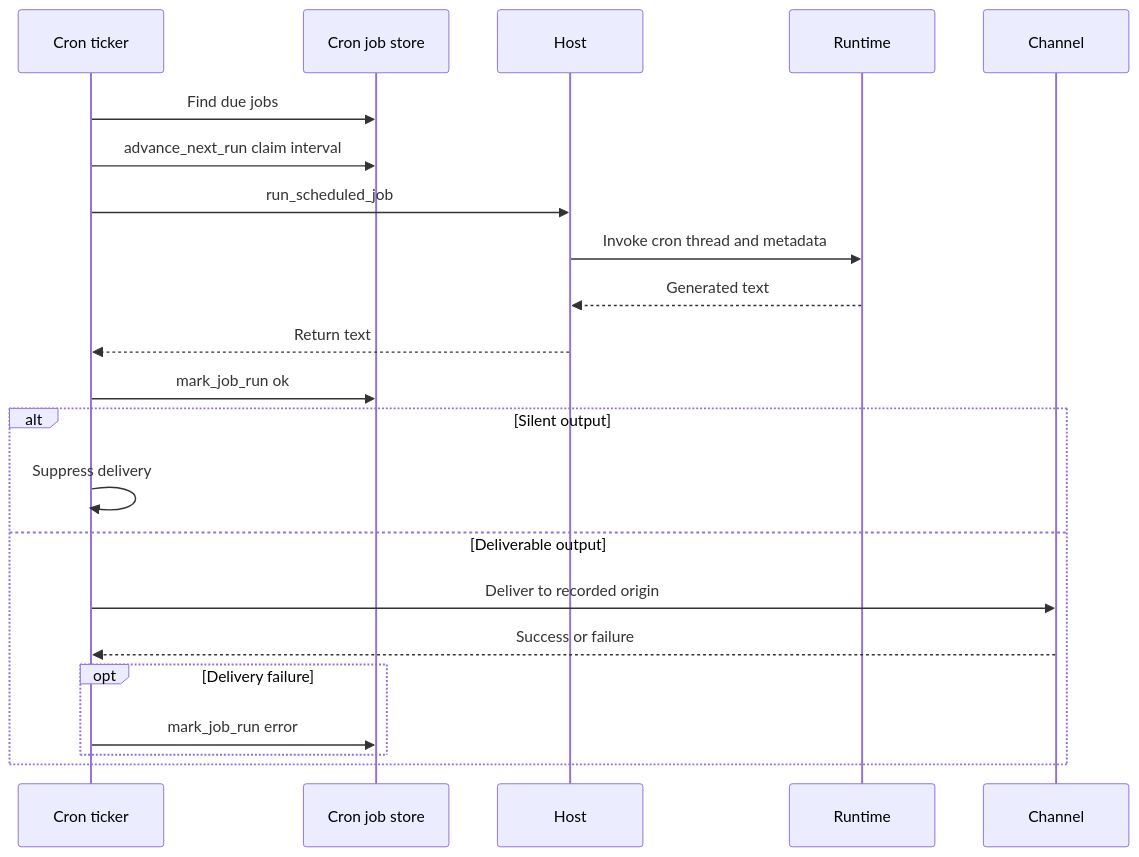
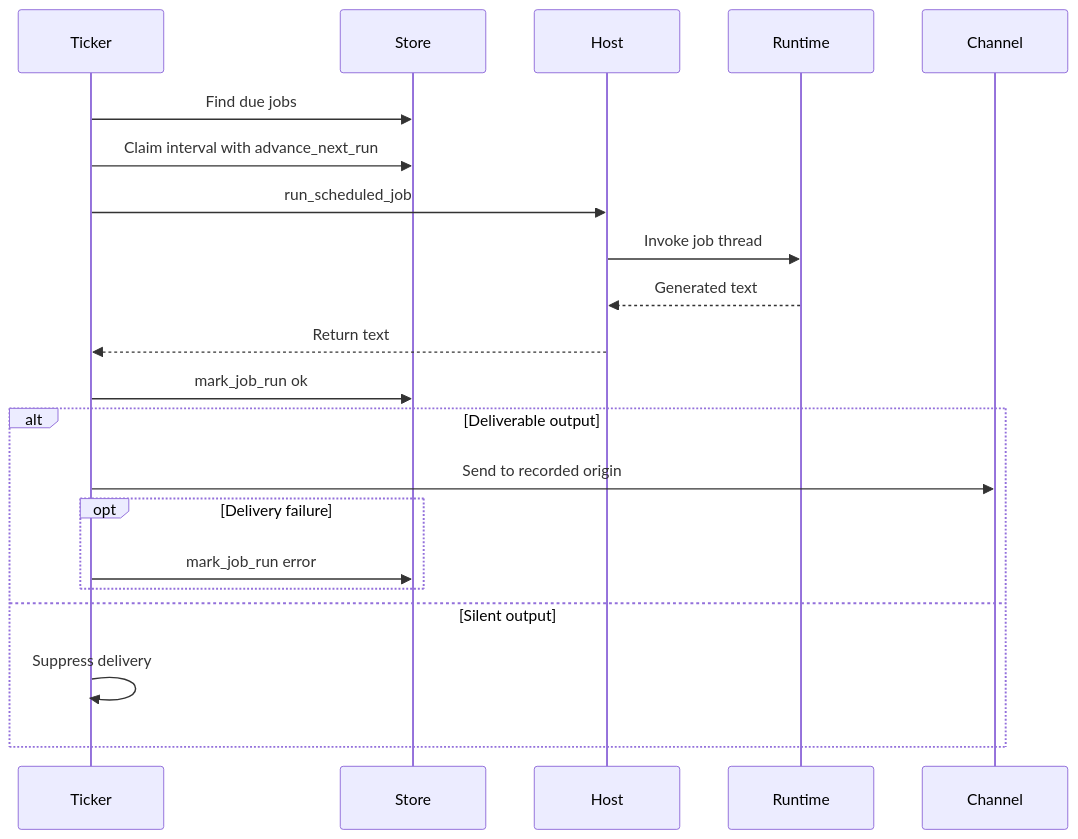
One commit to langchain-ai/deepagents changed the fourth of 4 diagrams in openwiki/integrations/talon.md. Above: the diagram before and after it, drawn with Mermaid. The commit also changed other lines of this file and 27 other files, not shown here.

````diff
--- a/openwiki/integrations/talon.md
+++ b/openwiki/integrations/talon.md
@@ -105,24 +160,23 @@
 ```mermaid
 sequenceDiagram
-    participant Ticker as Cron ticker
-    participant Store as Cron job store
+    participant Ticker
+    participant Store
     participant Host
     participant Runtime
     participant Channel
     Ticker->>Store: Find due jobs
-    Ticker->>Store: advance_next_run claim interval
+    Ticker->>Store: Claim interval with advance_next_run
     Ticker->>Host: run_scheduled_job
-    Host->>Runtime: Invoke cron thread and metadata
+    Host->>Runtime: Invoke job thread
     Runtime-->>Host: Generated text
     Host-->>Ticker: Return text
     Ticker->>Store: mark_job_run ok
-    alt Silent output
-        Ticker->>Ticker: Suppress delivery
-    else Deliverable output
-        Ticker->>Channel: Deliver to recorded origin
-        Channel-->>Ticker: Success or failure
+    alt Deliverable output
+        Ticker->>Channel: Send to recorded origin
         opt Delivery failure
             Ticker->>Store: mark_job_run error
         end
+    else Silent output
+        Ticker->>Ticker: Suppress delivery
     end
 ```
````
